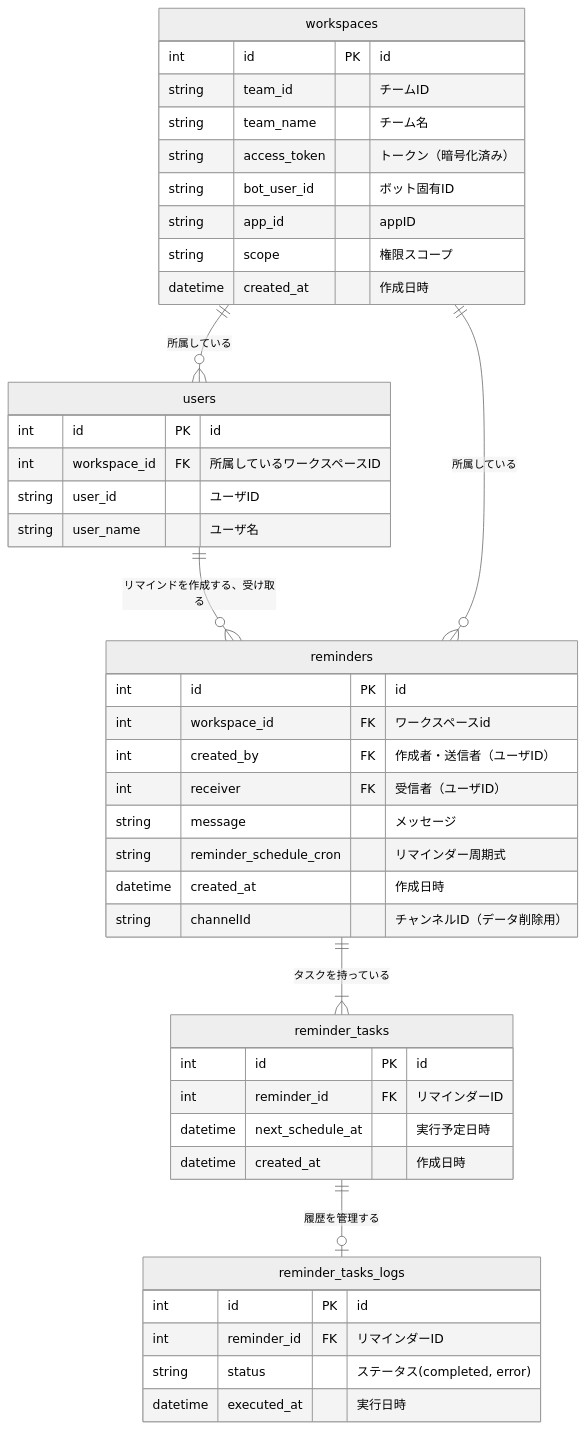
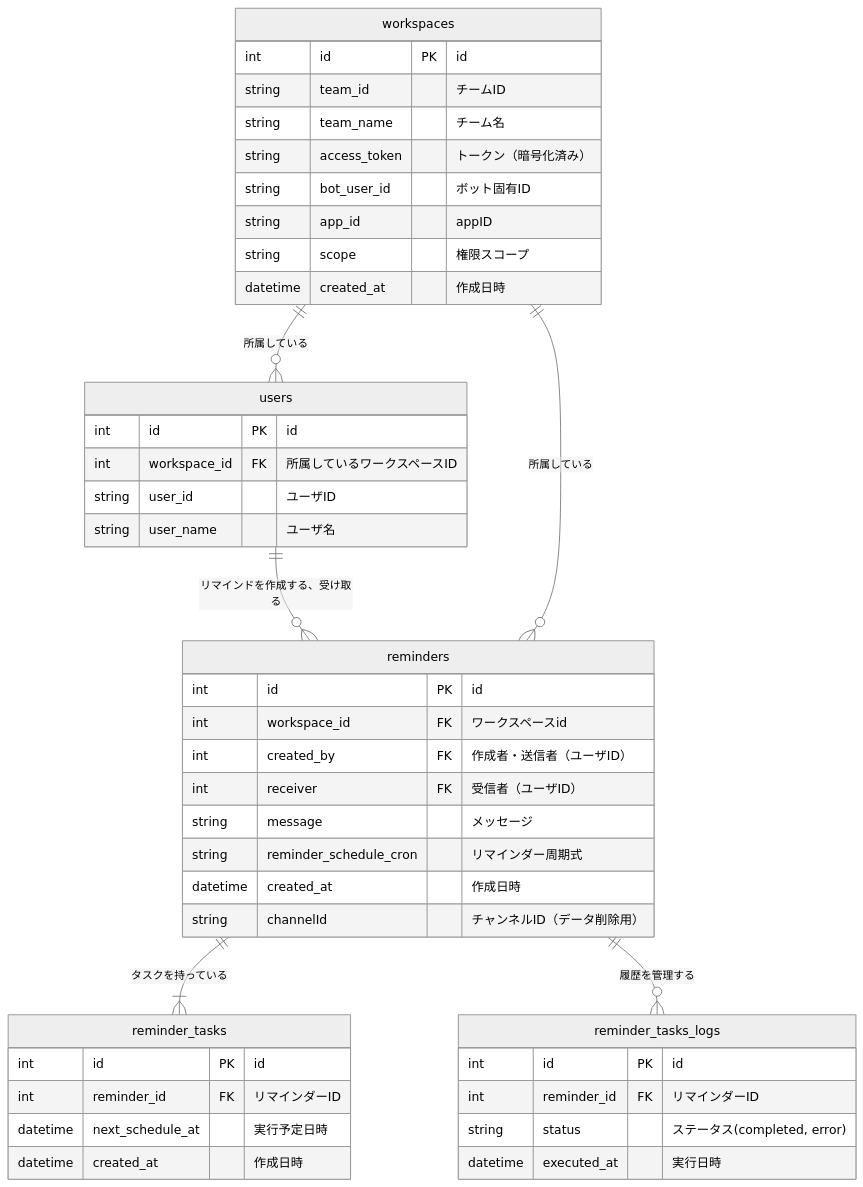
One commit to speeed131/p_issues changed the diagram in db_modeling4/issue.md. Above: the diagram before and after it, drawn with Mermaid (neutral theme). The commit also changed other lines of this file, not shown here.

Commit message:
:pencil2: Fix: reminder_task_logsのリレーション修正、リマインド完了時の処理追記

````diff
--- a/db_modeling4/issue.md
+++ b/db_modeling4/issue.md
@@ -71,53 +71,53 @@
 ```mermaid
 erDiagram
 
     workspaces {
         int id PK "id"
         string team_id "チームID"
         string team_name "チーム名"
         string access_token "トークン（暗号化済み）"
         string bot_user_id "ボット固有ID"
         string app_id "appID"
         string scope "権限スコープ"
         datetime created_at "作成日時"
     }
 
     users {
         int id PK "id"
         int workspace_id FK "所属しているワークスペースID"
         string user_id  "ユーザID"
         string user_name "ユーザ名"
     }
 
     reminders {
         int id PK "id"
         int workspace_id FK "ワークスペースid"
         int created_by FK "作成者・送信者（ユーザID）"
         int receiver FK "受信者（ユーザID）"
         string message "メッセージ"
         string reminder_schedule_cron "リマインダー周期式"
         datetime created_at "作成日時"
         string channelId "チャンネルID（データ削除用）"
     }
 
     reminder_tasks {
         int id PK "id"
         int reminder_id FK "リマインダーID"
         datetime next_schedule_at "実行予定日時"
         datetime created_at "作成日時"
     }
 
     reminder_tasks_logs {
         int id PK "id"
         int reminder_id FK "リマインダーID"
         string status "ステータス(completed, error)"
         datetime executed_at "実行日時"
     }
 
     workspaces ||--o{ users : "所属している"
     users ||--o{ reminders : "リマインドを作成する、受け取る"
     workspaces ||--o{ reminders : "所属している"
     reminders ||--|{ reminder_tasks : "タスクを持っている"
-    reminder_tasks ||--o| reminder_tasks_logs: "履歴を管理する"
+    reminders ||--o{ reminder_tasks_logs: "履歴を管理する"
 
 ```
````
